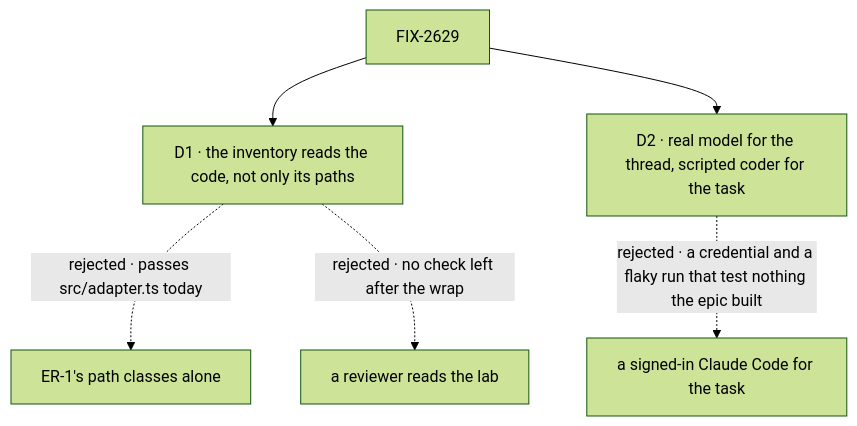
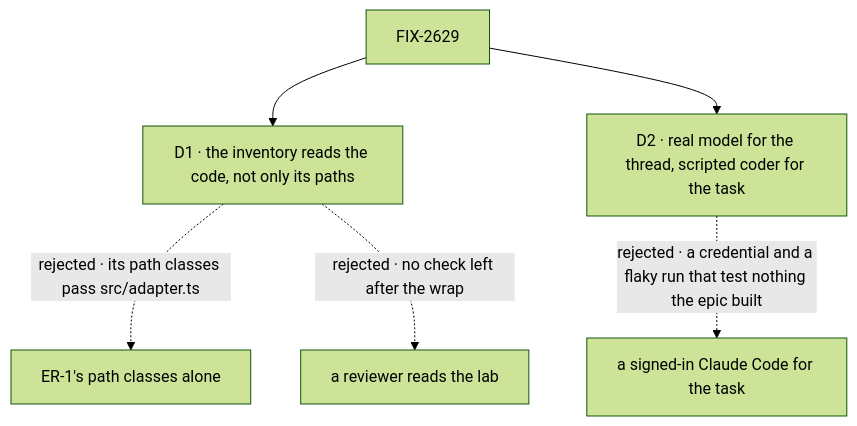
One commit to fixpoint-labs/flow-state-dev changed the diagram in specs/issues/FIX-2629/DECISIONS.md. Above: the diagram before and after it, drawn with Mermaid (forest theme). The commit also changed other lines of this file and 2 other files, not shown here.

Commit message:
spec(FIX-2629): narrow D1 premise; config cap counts Markdown
Codex P2s: ER-1's caps already fail today's lab, so the claim is that its
path classes pass the adapter (and a renamed one) once the caps are met,
not that the whole ER-1 inventory passes. L2's 300-line configuration cap
now sums workforce Markdown with .mts, as FIX-2152 ER-1 defines it
(a 350-line WORKER.md now fails L2). run.sh still as stated.

Claude-Session: https://claude.ai/code/session_01NczDiGfuuX5mPxVeUwVXfa

````diff
--- a/specs/issues/FIX-2629/DECISIONS.md
+++ b/specs/issues/FIX-2629/DECISIONS.md
@@ -12,8 +12,8 @@
 ```mermaid
 flowchart TD
   I["FIX-2629"] --> D1["D1 · the inventory reads the code, not only its paths"]
-  D1 -.->|"rejected · passes src/adapter.ts today"| X1a["ER-1's path classes alone"]
+  D1 -.->|"rejected · its path classes pass src/adapter.ts"| X1a["ER-1's path classes alone"]
   D1 -.->|"rejected · no check left after the wrap"| X1b["a reviewer reads the lab"]
   I --> D2["D2 · real model for the thread, scripted coder for the task"]
   D2 -.->|"rejected · a credential and a flaky run that test nothing the epic built"| X2["a signed-in Claude Code for the task"]
 ```
````
